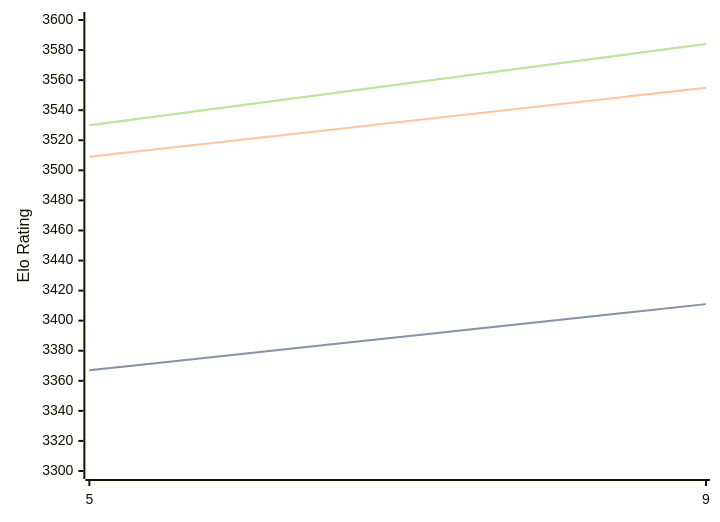
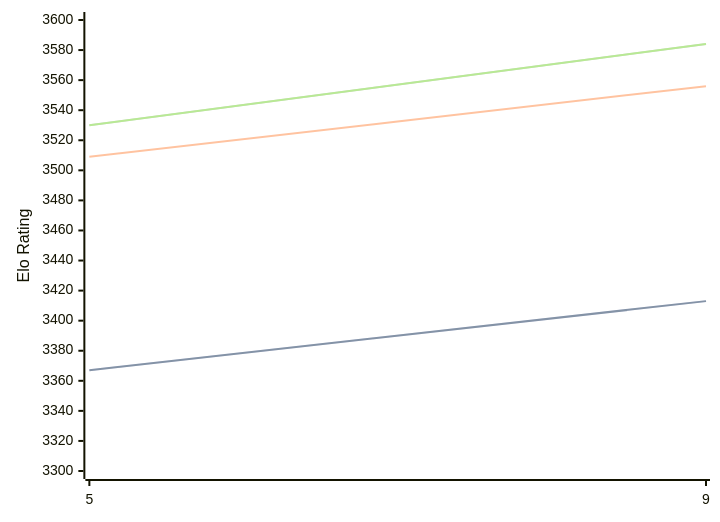
One commit to computer-chess-index/cci changed the third of 3 diagrams in engines/Crystal.md. Above: the diagram before and after it, drawn with Mermaid. The commit also changed other lines of this file, not shown here.

````diff
--- a/engines/Crystal.md
+++ b/engines/Crystal.md
@@ -93,11 +93,11 @@
 ```mermaid
 %%{init: {"theme":"base","themeVariables":{"seriesColors:['#a3a3a3','#222221','#faa371']}}}%%
 xychart-beta
   x-axis ["5", "9"]
   y-axis "Elo Rating" 3300 --> 3600
-  line "STC (8.0+0.08s)" [3367, 3411]
-  line "STC (8.0+0.08s)" [3367, 3411]
-  line "LTC (60.0+0.60s)" [3509, 3555]
+  line "STC (8.0+0.08s)" [3367, 3413]
+  line "STC (8.0+0.08s)" [3367, 3413]
+  line "LTC (60.0+0.60s)" [3509, 3556]
   line "VLTC (2m24s+1.12s)" [3530, 3584]
   line "VLTC (2m24s+1.12s)" [3530, 3584]
 ```
````
